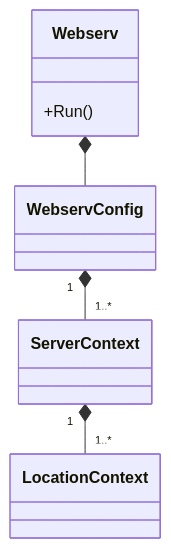
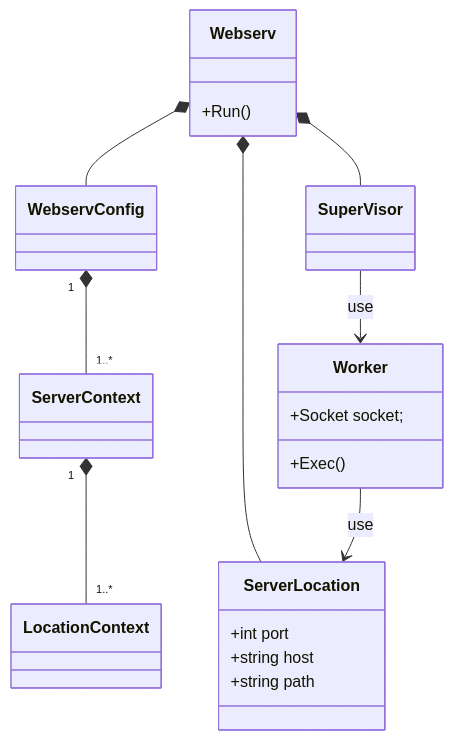
Before and after one commit to katataku/webserv: the first of 2 diagrams in docs/class/config_class.md, drawn with Mermaid.

Commit message:
doc: 実行部分も書いてみた

````diff
--- a/docs/class/config_class.md
+++ b/docs/class/config_class.md
@@ -1,10 +1,30 @@
 ```mermaid
 classDiagram
     Webserv *-- WebservConfig
     WebservConfig "1" *-- "1..*" ServerContext
     ServerContext "1" *-- "1..*" LocationContext
 
+    Webserv *-- SuperVisor
+    Webserv *-- ServerLocation
+    SuperVisor --> Worker : use
+    Worker --> ServerLocation : use
+
     class Webserv {
         +Run()
     }
+
+    class SuperVisor {
+
+    }
+
+    class Worker {
+        +Socket socket;
+        +Exec()
+    }
+
+    class ServerLocation {
+        +int port
+        +string host
+        +string path
+    }
 ```
````
